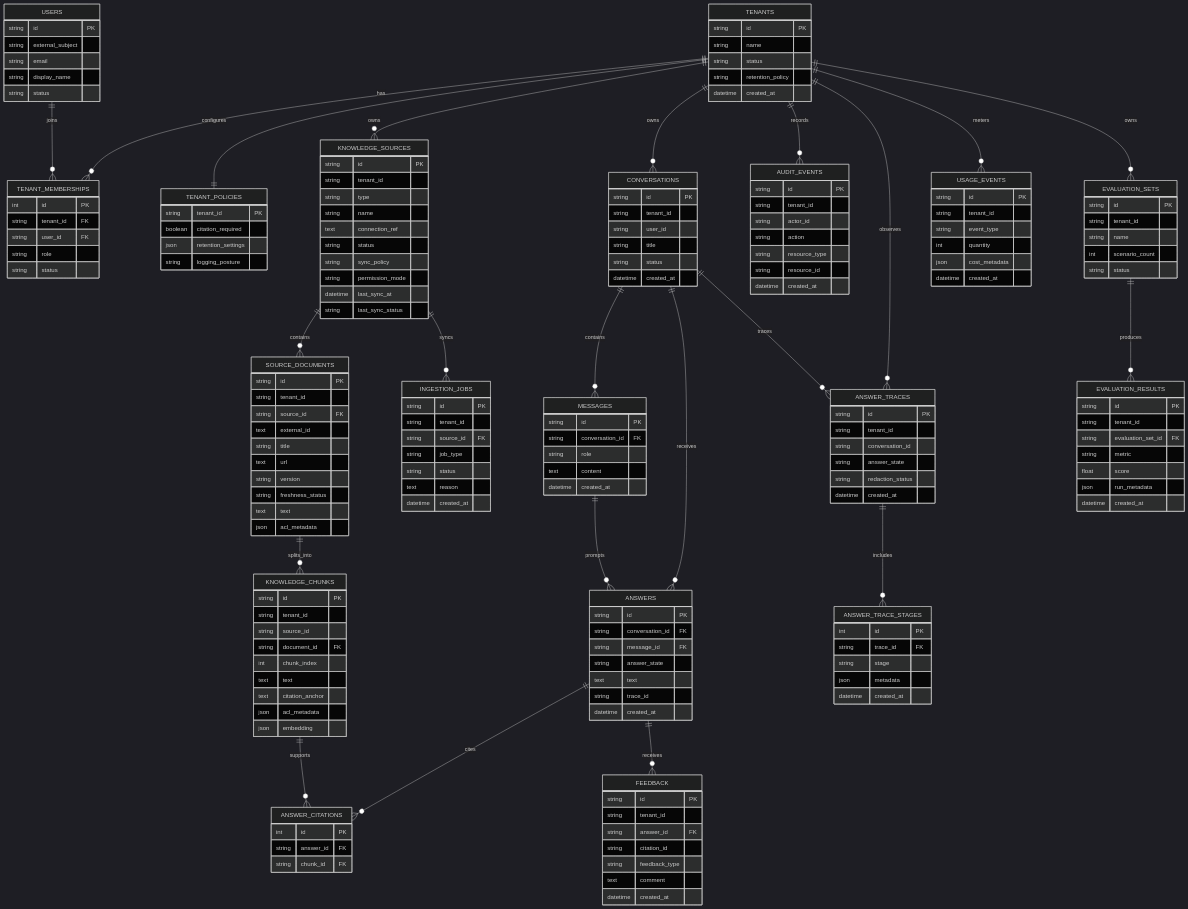
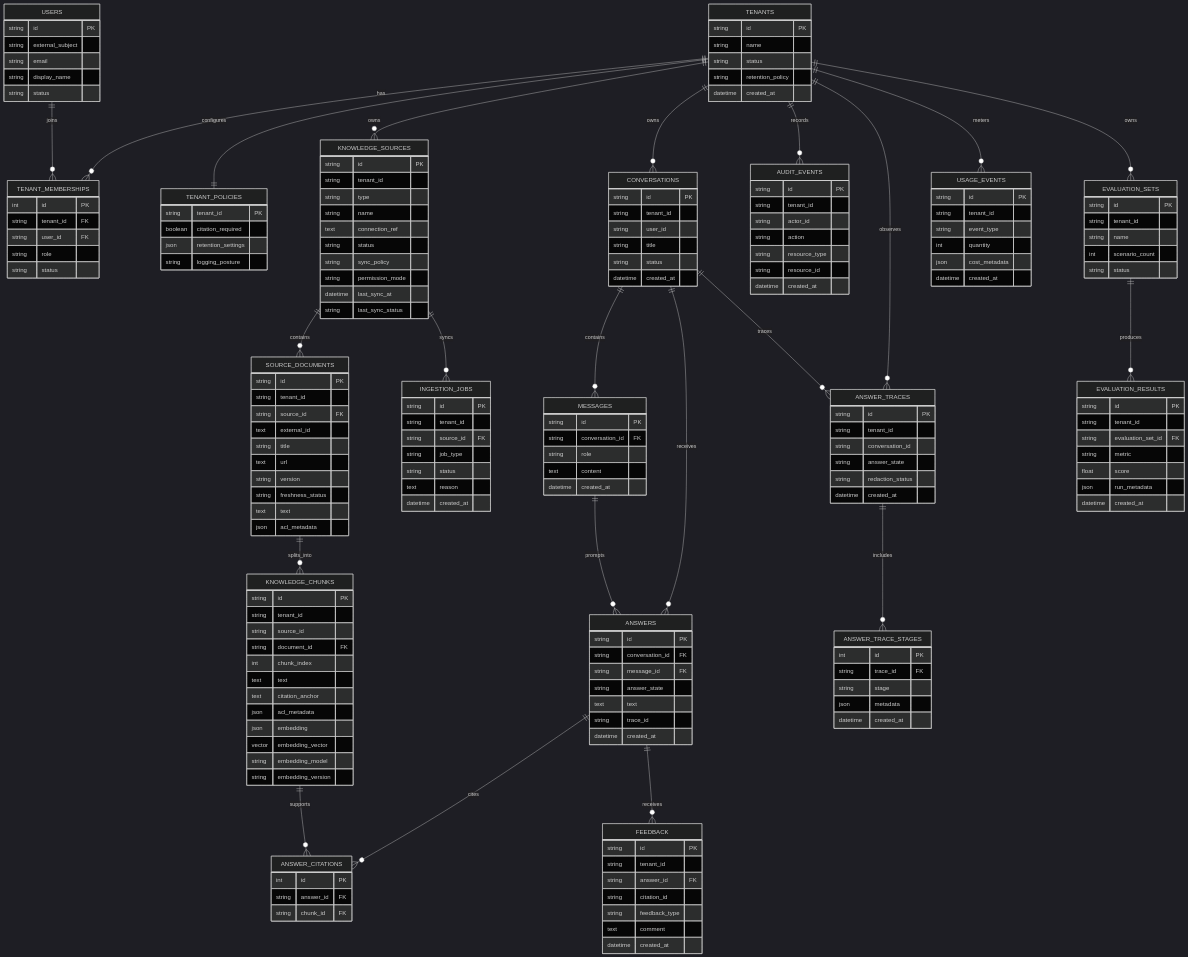
One commit to Minh-Uchiha/SupportLens-AI changed the diagram in docs/core_components/persistence_and_data_layer.md. Above: the diagram before and after it, drawn with Mermaid (dark theme). The commit also changed other lines of this file and 3 other files, not shown here.

```diff
--- a/docs/core_components/persistence_and_data_layer.md
+++ b/docs/core_components/persistence_and_data_layer.md
@@ -142,6 +142,9 @@
     text citation_anchor
     json acl_metadata
     json embedding
+    vector embedding_vector
+    string embedding_model
+    string embedding_version
   }
   INGESTION_JOBS {
     string id PK
```
